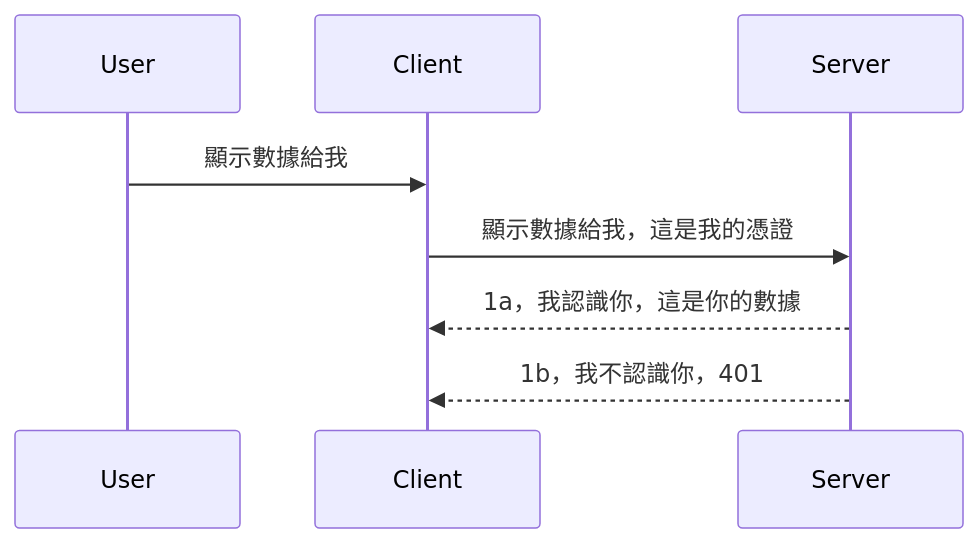
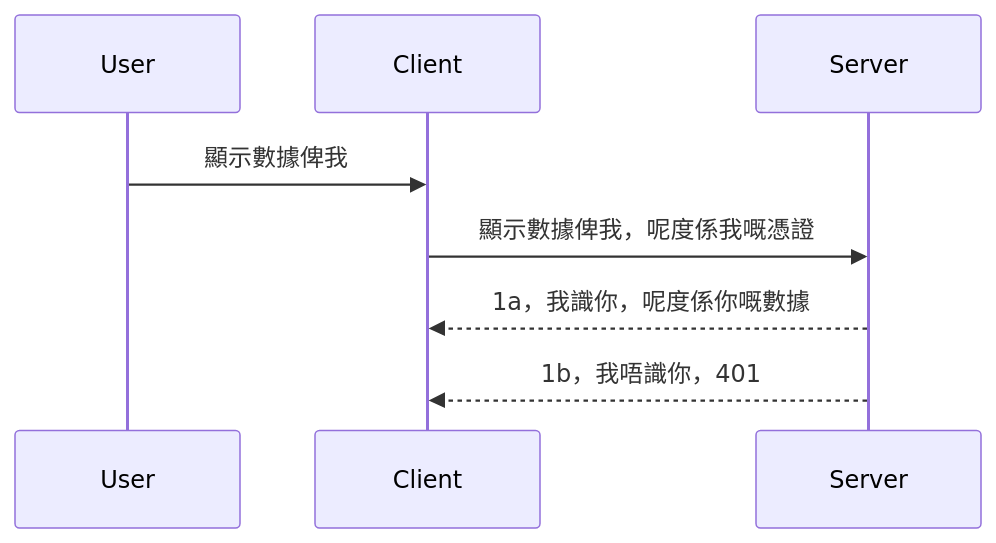
Before and after one commit to HIDORAKAI002/ai-workspace-archive: the diagram in mcp_ecosystem__model_context_protocol/mcp_learning_resources/mcp-for-beginners/translations/zh-MO/03-GettingStarted/11-simple-auth/README.md, drawn with Mermaid. The commit also changed other lines of this file and 1160 other files, not shown here.

````diff
--- a/mcp_ecosystem__model_context_protocol/mcp_learning_resources/mcp-for-beginners/translations/zh-MO/03-GettingStarted/11-simple-auth/README.md
+++ b/mcp_ecosystem__model_context_protocol/mcp_learning_resources/mcp-for-beginners/translations/zh-MO/03-GettingStarted/11-simple-auth/README.md
@@ -24,11 +24,11 @@
 ```mermaid
 sequenceDiagram
    participant User
    participant Client
    participant Server
 
-   User->>Client: 顯示數據給我
-   Client->>Server: 顯示數據給我，這是我的憑證
-   Server-->>Client: 1a，我認識你，這是你的數據
-   Server-->>Client: 1b，我不認識你，401 
+   User->>Client: 顯示數據俾我
+   Client->>Server: 顯示數據俾我，呢度係我嘅憑證
+   Server-->>Client: 1a，我識你，呢度係你嘅數據
+   Server-->>Client: 1b，我唔識你，401 
 ```
````
